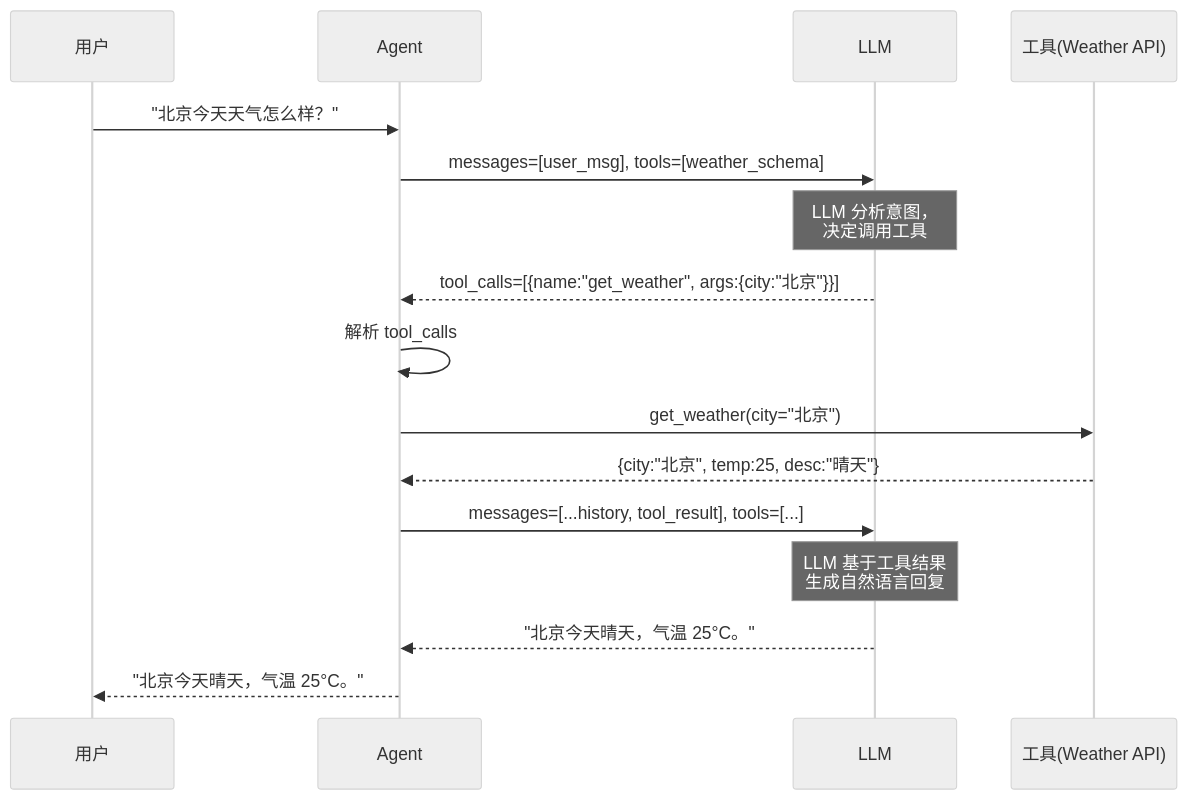
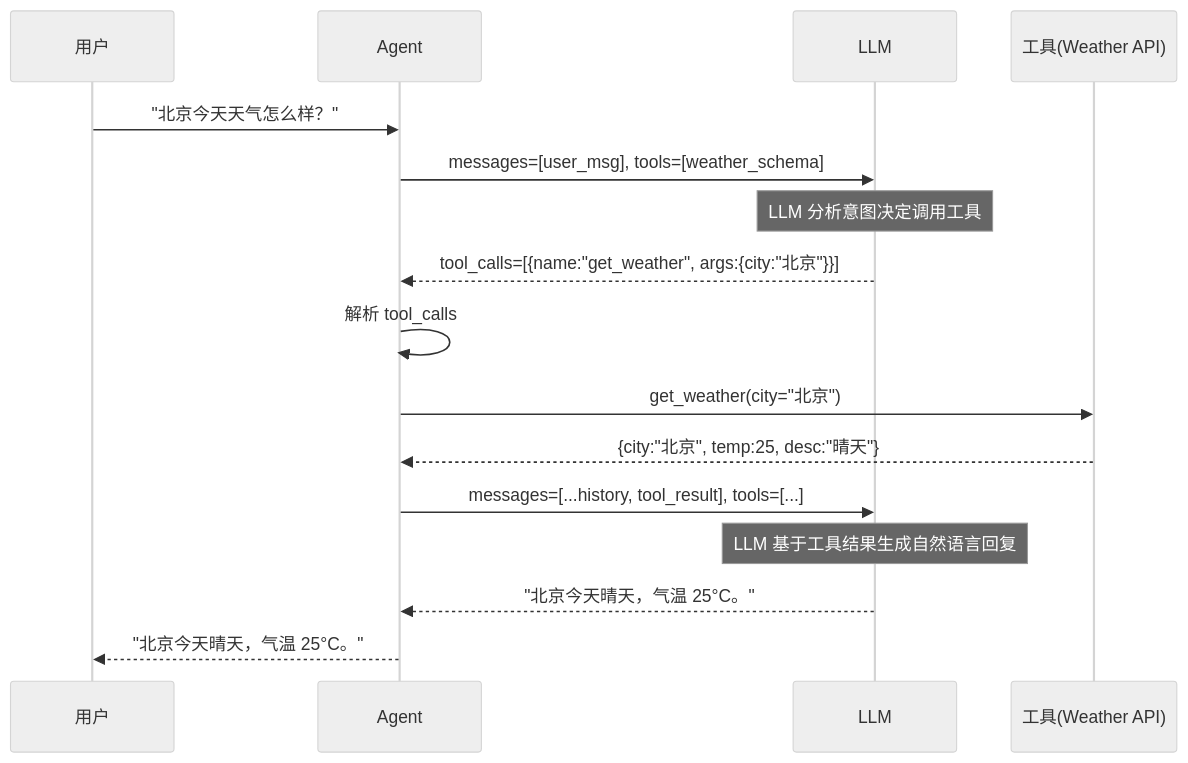
Before and after one commit to luoboask/fde-learning: the third of 5 diagrams in docs-tools/agentic-ai/02-llm-basics.md, drawn with Mermaid (neutral theme). The commit also changed other lines of this file and 6 other files, not shown here.

First line of the commit message:
修复 Mermaid 语法错误，增加 05/06 章节技术深度

````diff
--- a/docs-tools/agentic-ai/02-llm-basics.md
+++ b/docs-tools/agentic-ai/02-llm-basics.md
@@ -136,22 +136,22 @@
 ```mermaid
 sequenceDiagram
     participant U as 用户
     participant A as Agent
     participant L as LLM
     participant T as 工具(Weather API)
 
     U->>A: "北京今天天气怎么样？"
     A->>L: messages=[user_msg], tools=[weather_schema]
 
-    Note over L: LLM 分析意图，<br/>决定调用工具
+    Note over L: LLM 分析意图决定调用工具
     L-->>A: tool_calls=[{name:"get_weather", args:{city:"北京"}}]
 
     A->>A: 解析 tool_calls
     A->>T: get_weather(city="北京")
     T-->>A: {city:"北京", temp:25, desc:"晴天"}
 
     A->>L: messages=[...history, tool_result], tools=[...]
-    Note over L: LLM 基于工具结果<br/>生成自然语言回复
+    Note over L: LLM 基于工具结果生成自然语言回复
     L-->>A: "北京今天晴天，气温 25°C。"
     A-->>U: "北京今天晴天，气温 25°C。"
 ```
````
